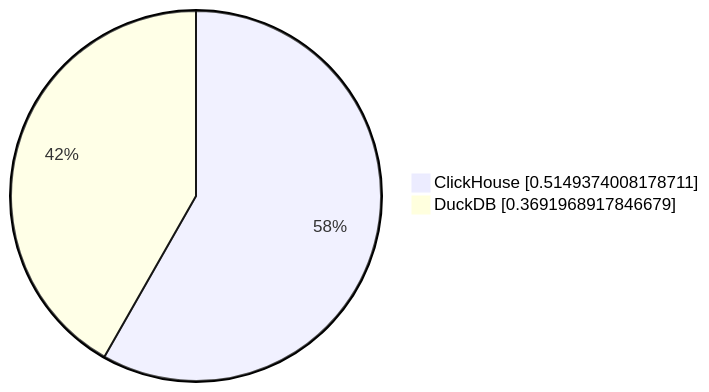
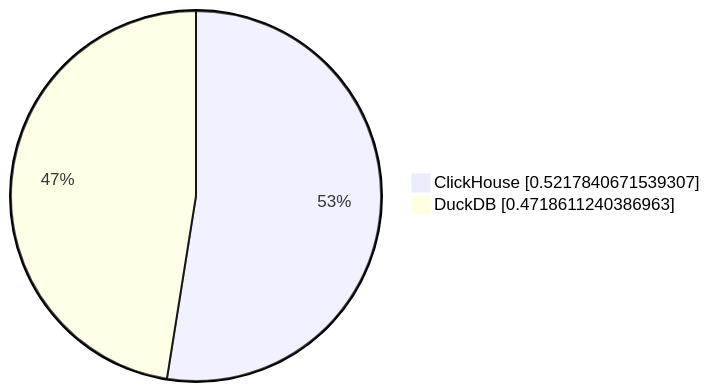
One commit to Altinity/clickhouse-regression changed the tenth of 10 diagrams in parquet/performance/results/README.md. Above: the diagram before and after it, drawn with Mermaid. The commit also changed other lines of this file and 2 other files, not shown here.

````diff
--- a/parquet/performance/results/README.md
+++ b/parquet/performance/results/README.md
@@ -100,5 +100,5 @@
 ```mermaid
      pie showData
-         "ClickHouse" : 0.5149374008178711
-         "DuckDB" : 0.3691968917846679
+         "ClickHouse" : 0.5217840671539307
+         "DuckDB" : 0.4718611240386963
 ```
````
